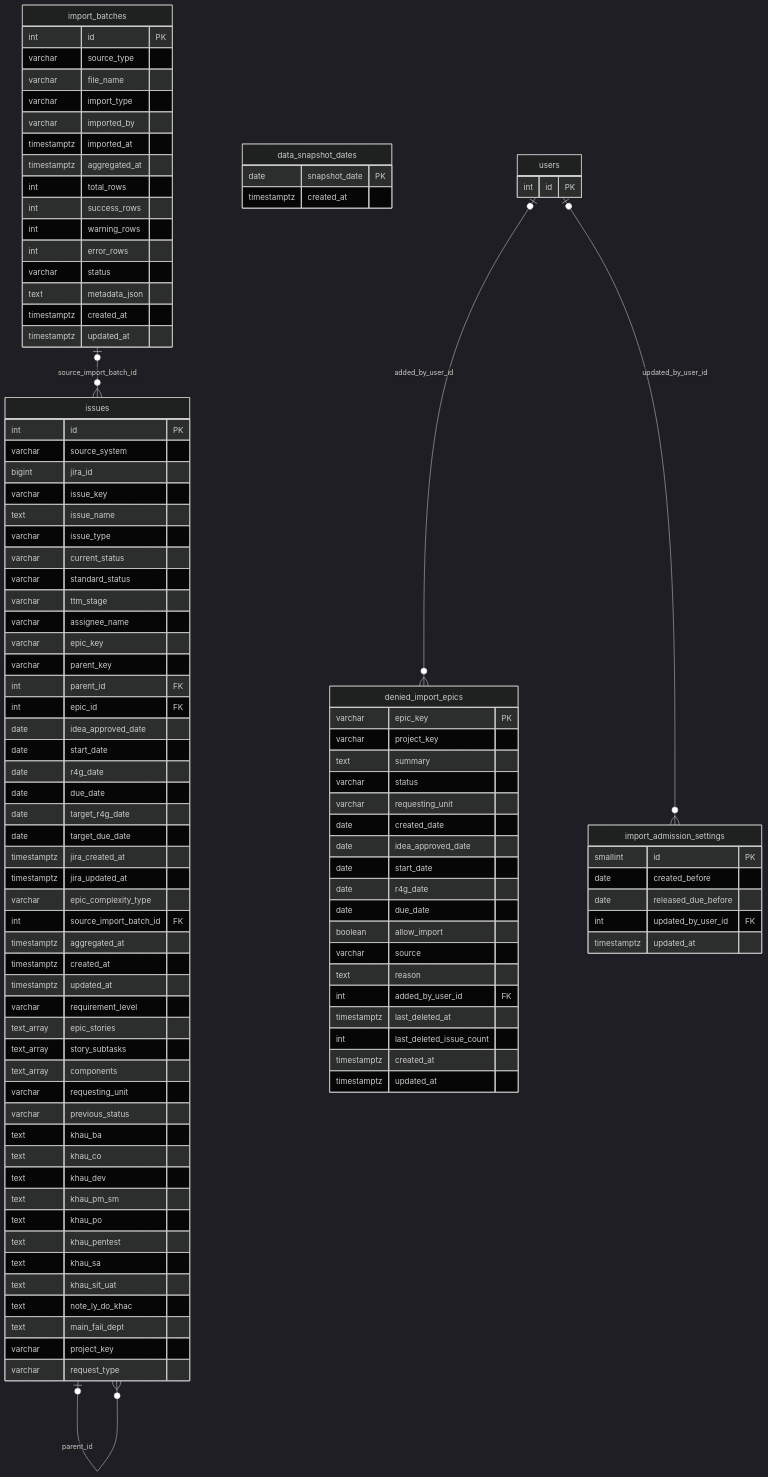
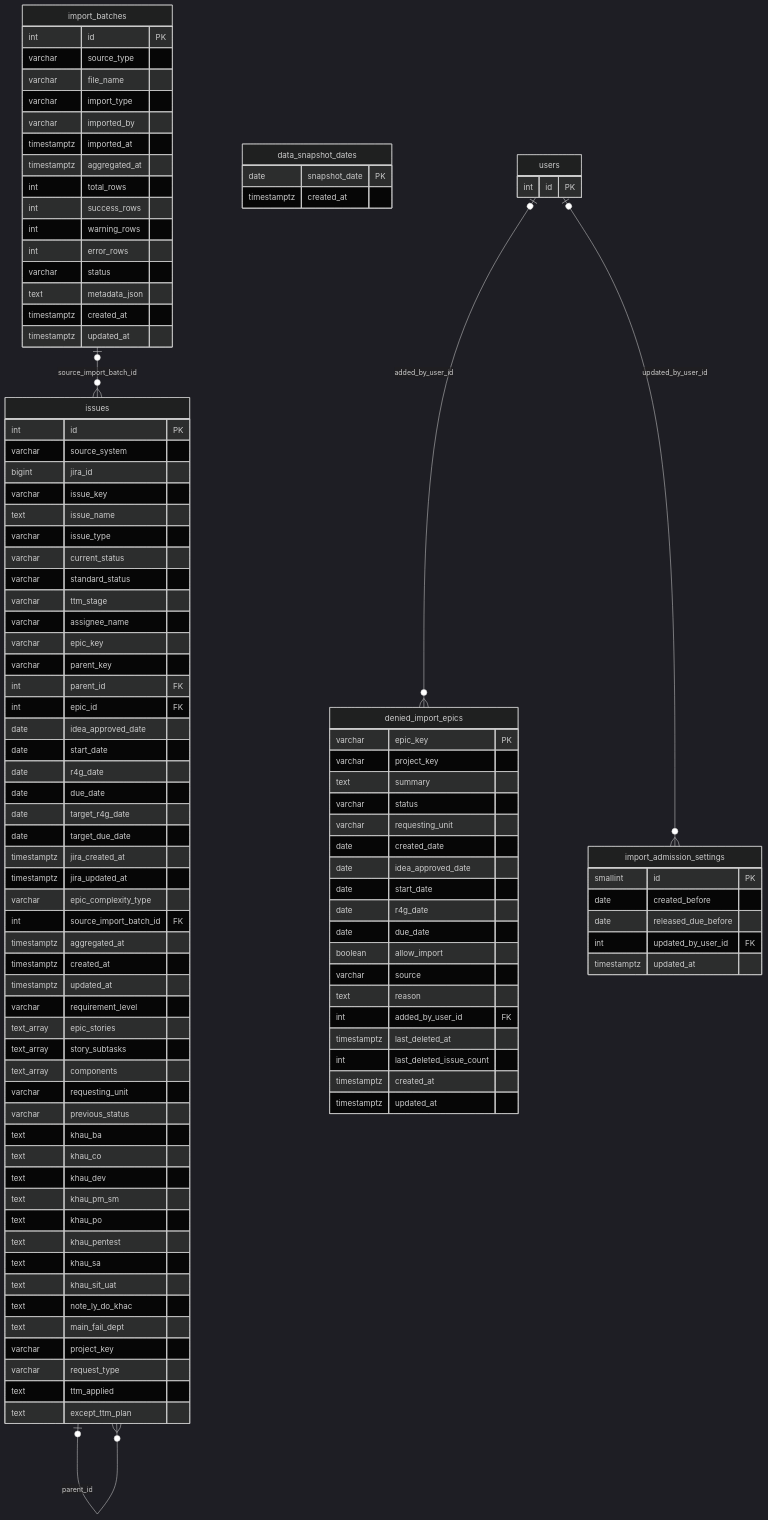
One commit to dminhbb/ttm-tool changed the fourth of 12 diagrams in docs/database-erd.md. Above: the diagram before and after it, drawn with Mermaid (dark theme). The commit also changed other lines of this file and 47 other files, not shown here.

```diff
--- a/docs/database-erd.md
+++ b/docs/database-erd.md
@@ -546,6 +546,8 @@
         text main_fail_dept
         varchar project_key
         varchar request_type
+        text ttm_applied
+        text except_ttm_plan
     }
     denied_import_epics {
         varchar epic_key PK
```
